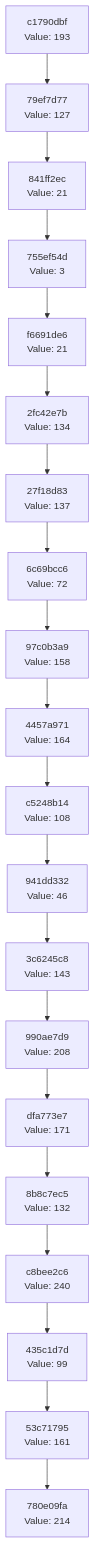
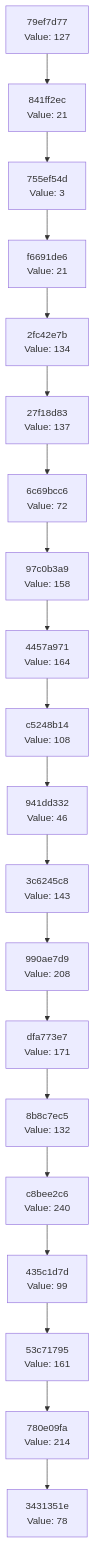
Before and after one commit to Abhisheksinha1506/hash-chain-evolver: the diagram in docs/CHAIN_VISUALIZATION.md, drawn with Mermaid. The commit also changed 2 other files, not shown here.

Commit message:
Evolution step: hash 0x4E → action executed

````diff
--- a/docs/CHAIN_VISUALIZATION.md
+++ b/docs/CHAIN_VISUALIZATION.md
@@ -3,42 +3,42 @@
 ```mermaid
 graph TD
-    C0["780e09fa<br/>Value: 214"]
-    C1["53c71795<br/>Value: 161"]
+    C0["3431351e<br/>Value: 78"]
+    C1["780e09fa<br/>Value: 214"]
     C1 --> C0
-    C2["435c1d7d<br/>Value: 99"]
+    C2["53c71795<br/>Value: 161"]
     C2 --> C1
-    C3["c8bee2c6<br/>Value: 240"]
+    C3["435c1d7d<br/>Value: 99"]
     C3 --> C2
-    C4["8b8c7ec5<br/>Value: 132"]
+    C4["c8bee2c6<br/>Value: 240"]
     C4 --> C3
-    C5["dfa773e7<br/>Value: 171"]
+    C5["8b8c7ec5<br/>Value: 132"]
     C5 --> C4
-    C6["990ae7d9<br/>Value: 208"]
+    C6["dfa773e7<br/>Value: 171"]
     C6 --> C5
-    C7["3c6245c8<br/>Value: 143"]
+    C7["990ae7d9<br/>Value: 208"]
     C7 --> C6
-    C8["941dd332<br/>Value: 46"]
+    C8["3c6245c8<br/>Value: 143"]
     C8 --> C7
-    C9["c5248b14<br/>Value: 108"]
+    C9["941dd332<br/>Value: 46"]
     C9 --> C8
-    C10["4457a971<br/>Value: 164"]
+    C10["c5248b14<br/>Value: 108"]
     C10 --> C9
-    C11["97c0b3a9<br/>Value: 158"]
+    C11["4457a971<br/>Value: 164"]
     C11 --> C10
-    C12["6c69bcc6<br/>Value: 72"]
+    C12["97c0b3a9<br/>Value: 158"]
     C12 --> C11
-    C13["27f18d83<br/>Value: 137"]
+    C13["6c69bcc6<br/>Value: 72"]
     C13 --> C12
-    C14["2fc42e7b<br/>Value: 134"]
+    C14["27f18d83<br/>Value: 137"]
     C14 --> C13
-    C15["f6691de6<br/>Value: 21"]
+    C15["2fc42e7b<br/>Value: 134"]
     C15 --> C14
-    C16["755ef54d<br/>Value: 3"]
+    C16["f6691de6<br/>Value: 21"]
     C16 --> C15
-    C17["841ff2ec<br/>Value: 21"]
+    C17["755ef54d<br/>Value: 3"]
     C17 --> C16
-    C18["79ef7d77<br/>Value: 127"]
+    C18["841ff2ec<br/>Value: 21"]
     C18 --> C17
-    C19["c1790dbf<br/>Value: 193"]
+    C19["79ef7d77<br/>Value: 127"]
     C19 --> C18
 ```
````
